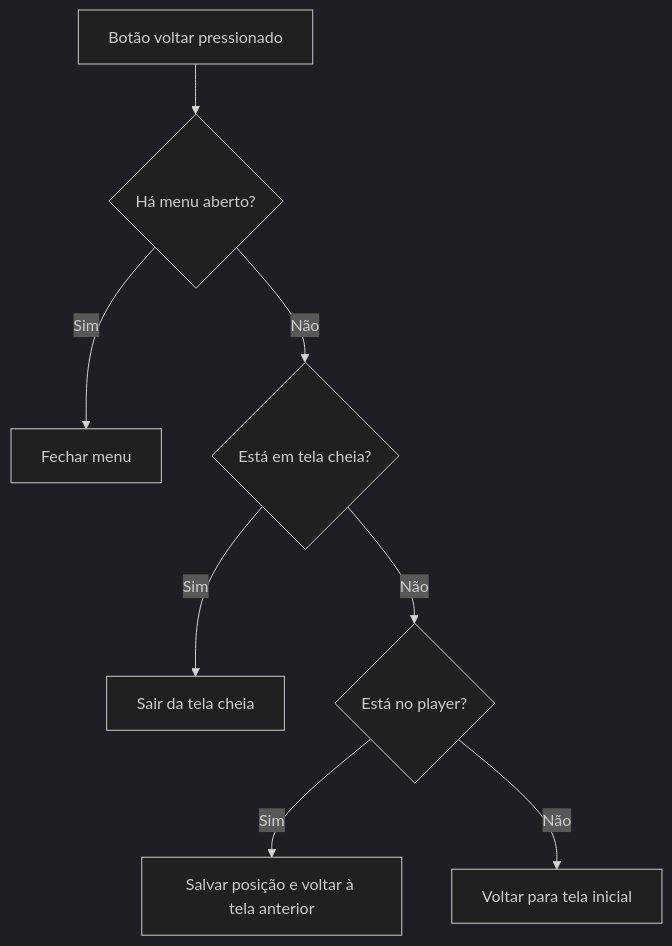
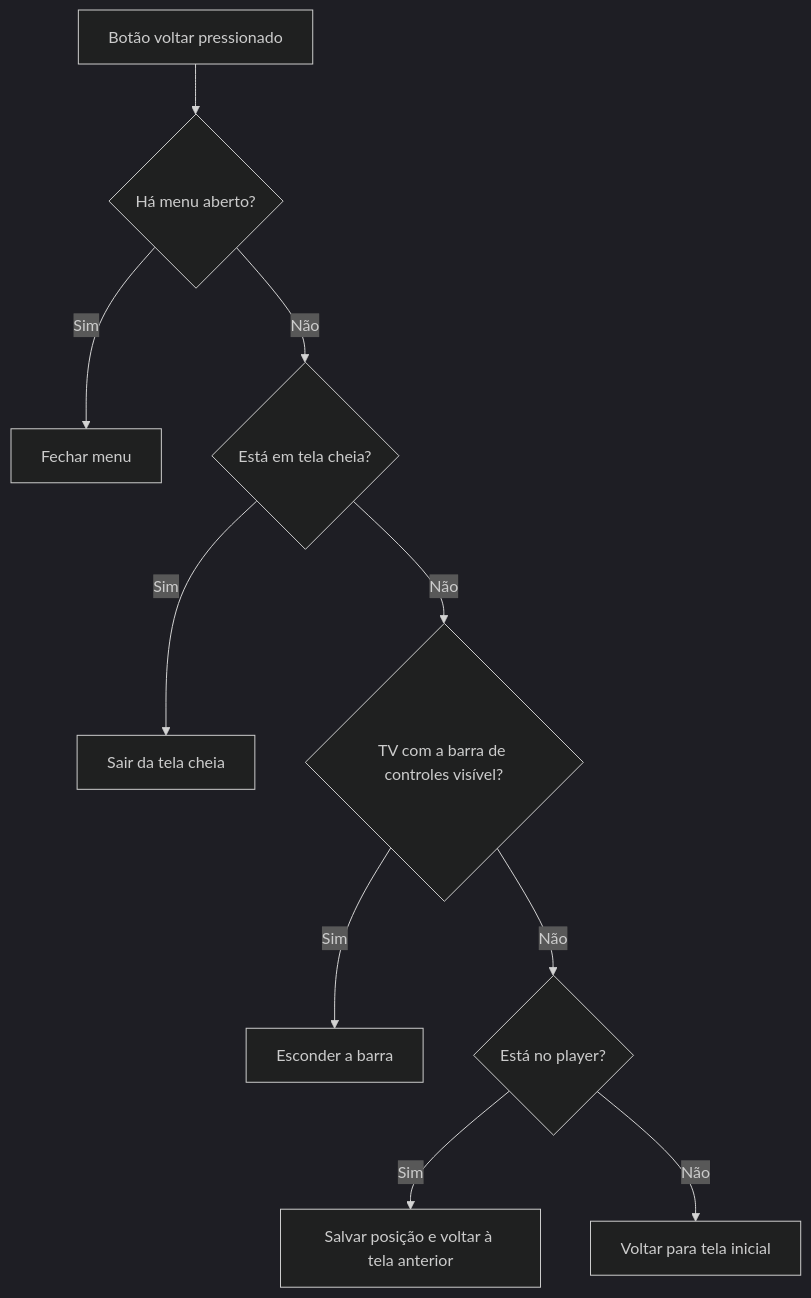
Before and after one commit to Conde86Projects/Olympus: the ninth of 10 diagrams in docs/Especificação do Player de Mídia.md, drawn with Mermaid (dark theme). The commit also changed other lines of this file and 2 other files, not shown here.

Commit message:
Player TV: com a barra visivel, o primeiro BACK so a esconde
Pedido do usuario na TCL: com a barra de controles visivel, o primeiro
BACK do controle so esconde a barra; o segundo sai salvando a posicao.
O X dos cantos, o Fechar do aviso de erro/fim e o Q saem direto
(_exitPlayer), sem o passo extra. So no modo TV: no desktop (Esc) e no
celular o voltar segue como validado. Spec 12.2 e 18 atualizadas.

Validado numa copia limpa (398a4fd + este commit): dart analyze
limpo, 638/638 testes; conferido na TCL (release bbc8584e).

````diff
--- a/docs/Especificação do Player de Mídia.md
+++ b/docs/Especificação do Player de Mídia.md
@@ -1079,10 +1080,12 @@
 ```mermaid
 flowchart TD
     A[Botão voltar pressionado] --> B{Há menu aberto?}
     B -->|Sim| C[Fechar menu]
     B -->|Não| D{Está em tela cheia?}
     D -->|Sim| E[Sair da tela cheia]
-    D -->|Não| F{Está no player?}
+    D -->|Não| T{TV com a barra de controles visível?}
+    T -->|Sim| U[Esconder a barra]
+    T -->|Não| F{Está no player?}
     F -->|Sim| G[Salvar posição e voltar à tela anterior]
     F -->|Não| H[Voltar para tela inicial]
 ```
````
